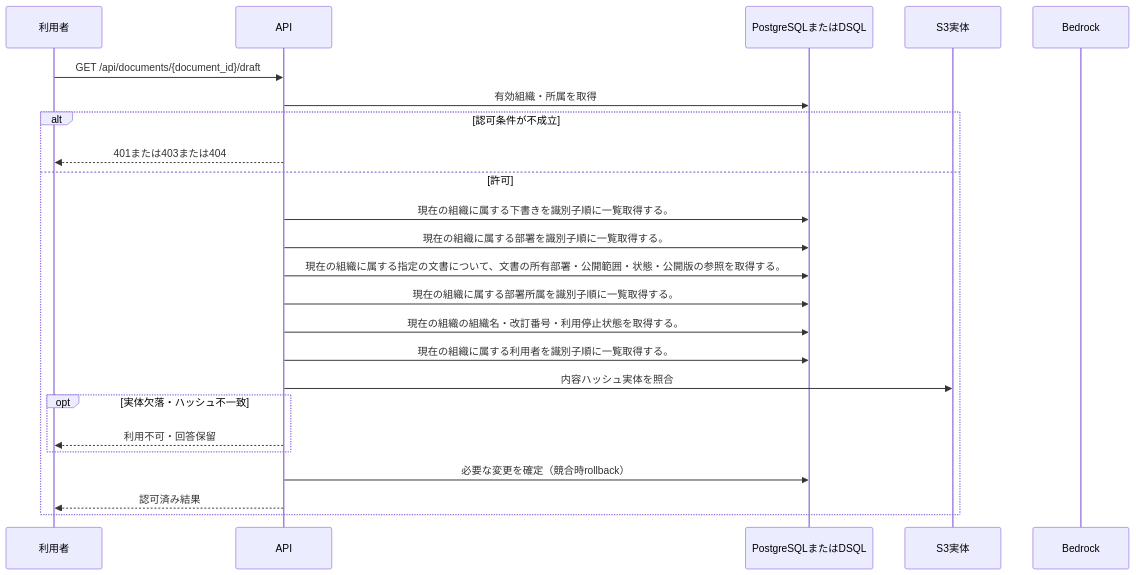
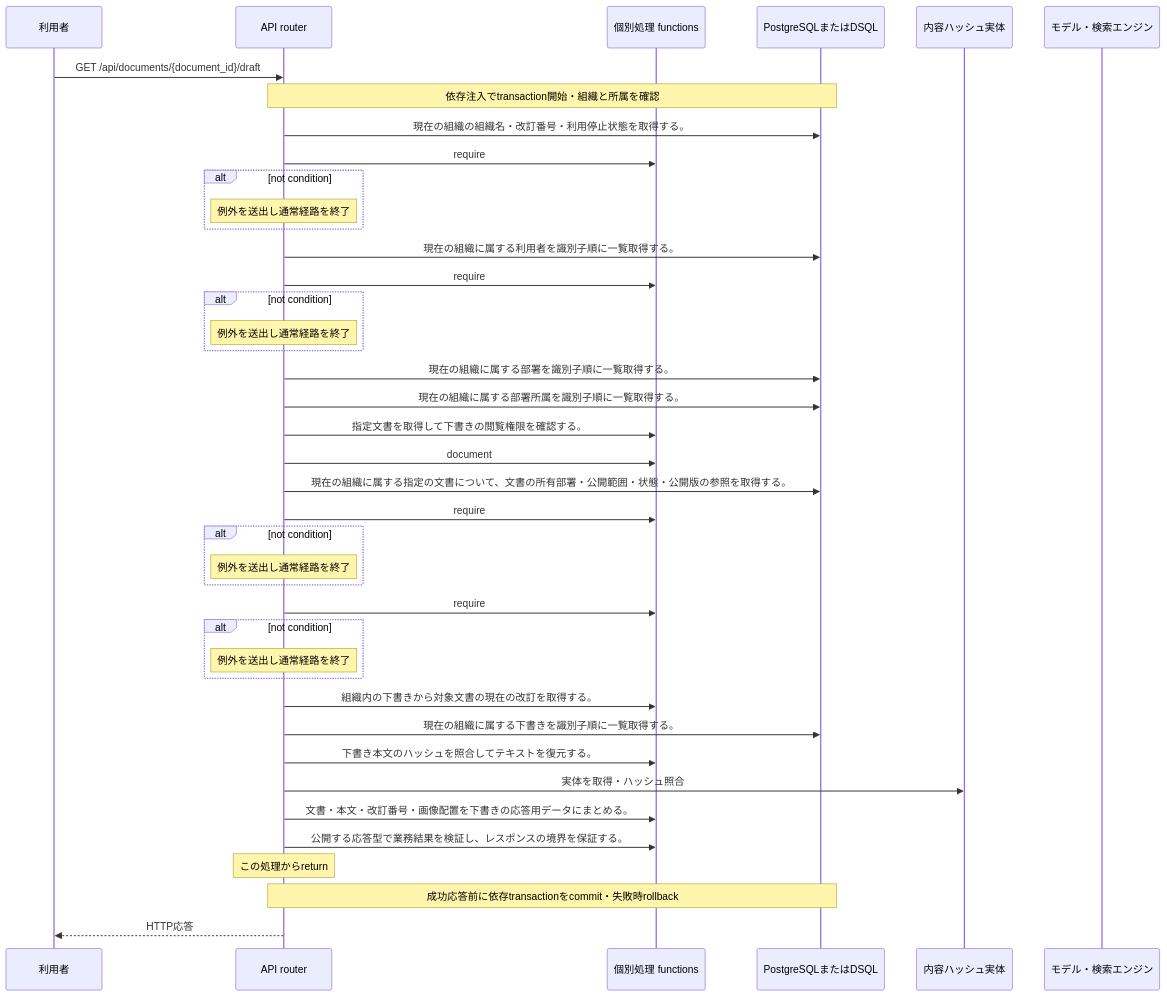
The diagram in docs/design/generated/api/documents/get_draft/sequence.md (tsuji-tomonori/KotoRelay), drawn with Mermaid before and after one commit. The commit also changed other lines of this file and 424 other files, not shown here.

````diff
--- a/docs/design/generated/api/documents/get_draft/sequence.md
+++ b/docs/design/generated/api/documents/get_draft/sequence.md
@@ -7,26 +7,43 @@
 ```mermaid
 sequenceDiagram
     participant U as 利用者
-    participant A as API
+    participant A as API router
+    participant F as 個別処理 functions
     participant D as PostgreSQLまたはDSQL
-    participant S as S3実体
-    participant M as Bedrock
+    participant S as 内容ハッシュ実体
+    participant M as モデル・検索エンジン
     U->>A: GET /api/documents/{document_id}/draft
-    A->>D: 有効組織・所属を取得
-    alt 認可条件が不成立
-        A-->>U: 401または403または404
-    else 許可
-        A->>D: 現在の組織に属する下書きを識別子順に一覧取得する。
-        A->>D: 現在の組織に属する部署を識別子順に一覧取得する。
-        A->>D: 現在の組織に属する指定の文書について、文書の所有部署・公開範囲・状態・公開版の参照を取得する。
-        A->>D: 現在の組織に属する部署所属を識別子順に一覧取得する。
-        A->>D: 現在の組織の組織名・改訂番号・利用停止状態を取得する。
-        A->>D: 現在の組織に属する利用者を識別子順に一覧取得する。
-        A->>S: 内容ハッシュ実体を照合
-        opt 実体欠落・ハッシュ不一致
-            A-->>U: 利用不可・回答保留
-        end
-        A->>D: 必要な変更を確定（競合時rollback）
-        A-->>U: 認可済み結果
+    Note over A,D: 依存注入でtransaction開始・組織と所属を確認
+    A->>D: 現在の組織の組織名・改訂番号・利用停止状態を取得する。
+    A->>F: require
+    alt not condition
+    Note over A: 例外を送出し通常経路を終了
     end
+    A->>D: 現在の組織に属する利用者を識別子順に一覧取得する。
+    A->>F: require
+    alt not condition
+    Note over A: 例外を送出し通常経路を終了
+    end
+    A->>D: 現在の組織に属する部署を識別子順に一覧取得する。
+    A->>D: 現在の組織に属する部署所属を識別子順に一覧取得する。
+    A->>F: 指定文書を取得して下書きの閲覧権限を確認する。
+    A->>F: document
+    A->>D: 現在の組織に属する指定の文書について、文書の所有部署・公開範囲・状態・公開版の参照を取得する。
+    A->>F: require
+    alt not condition
+    Note over A: 例外を送出し通常経路を終了
+    end
+    A->>F: require
+    alt not condition
+    Note over A: 例外を送出し通常経路を終了
+    end
+    A->>F: 組織内の下書きから対象文書の現在の改訂を取得する。
+    A->>D: 現在の組織に属する下書きを識別子順に一覧取得する。
+    A->>F: 下書き本文のハッシュを照合してテキストを復元する。
+    A->>S: 実体を取得・ハッシュ照合
+    A->>F: 文書・本文・改訂番号・画像配置を下書きの応答用データにまとめる。
+    A->>F: 公開する応答型で業務結果を検証し、レスポンスの境界を保証する。
+    Note over A: この処理からreturn
+    Note over A,D: 成功応答前に依存transactionをcommit・失敗時rollback
+    A-->>U: HTTP応答
 ```
````
